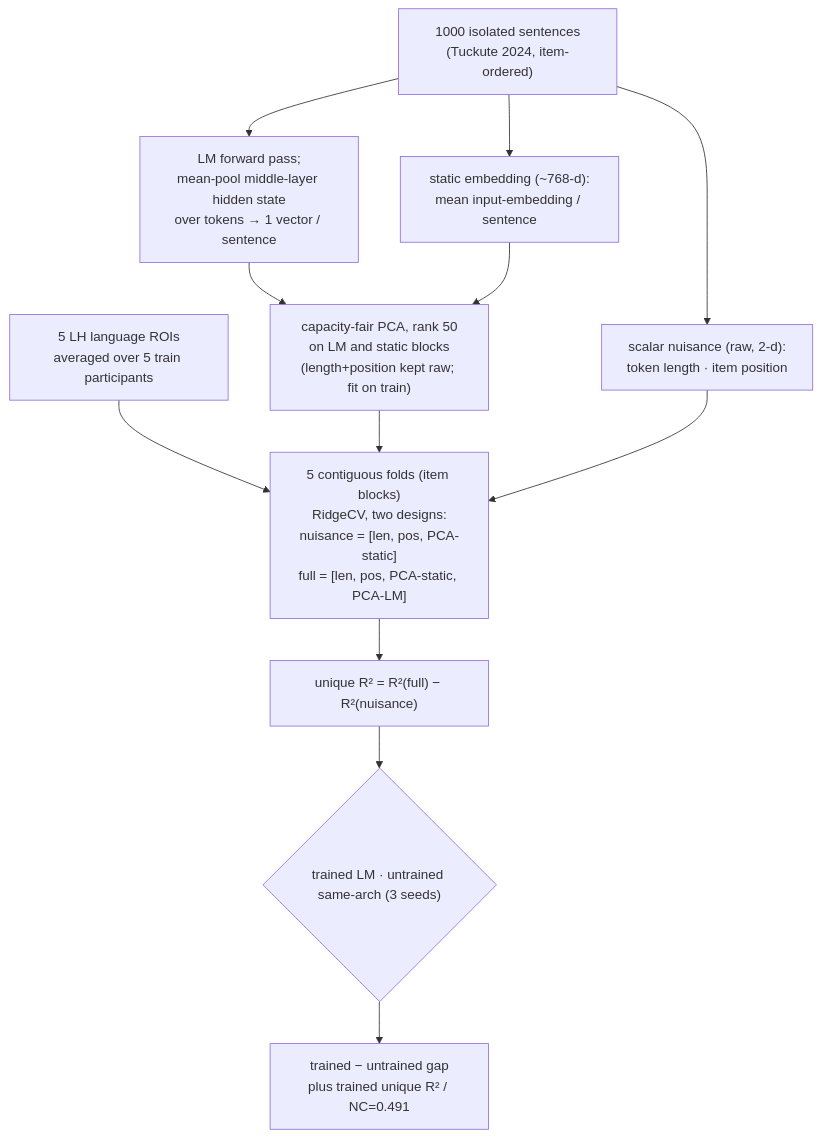
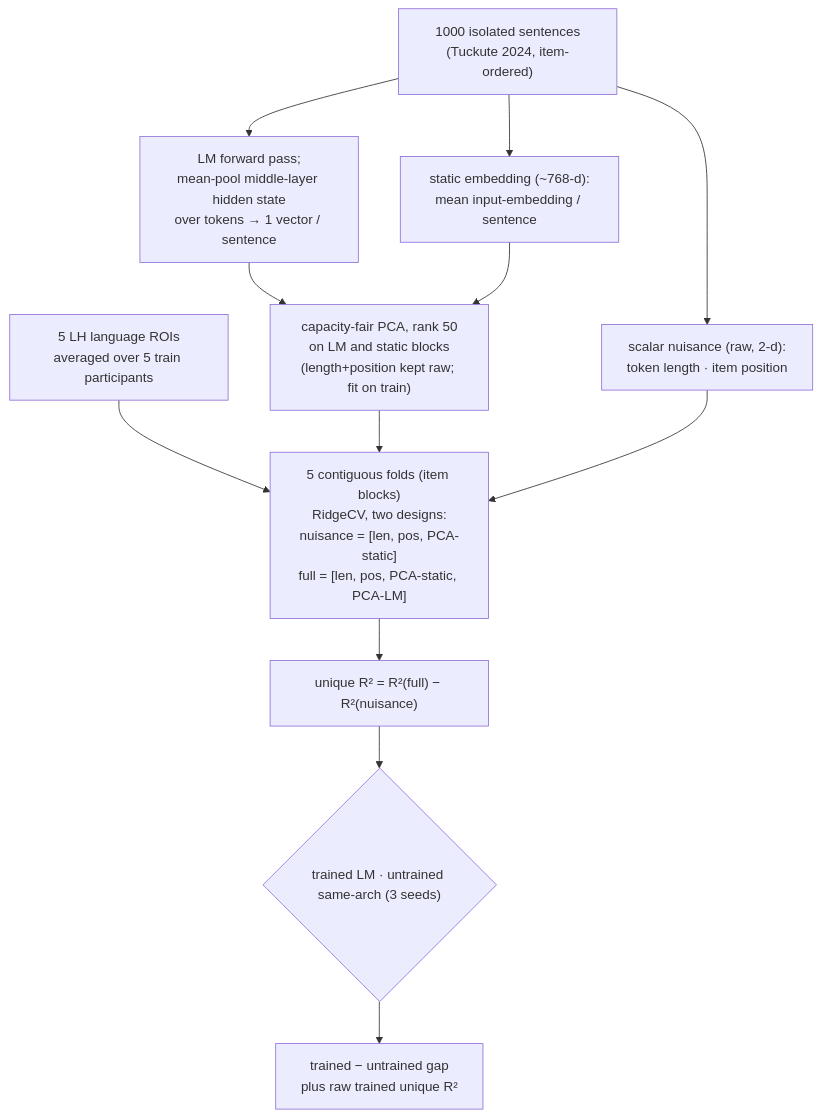
Before and after one commit to MohammadErfan-Jabbari/brain-alignment: the diagram in docs/experiments/E002_tuckute-encoding-feasibility.md, drawn with Mermaid. The commit also changed other lines of this file and 13 other files, not shown here.

````diff
--- a/docs/experiments/E002_tuckute-encoding-feasibility.md
+++ b/docs/experiments/E002_tuckute-encoding-feasibility.md
@@ -47,16 +47,16 @@
 ```mermaid
 flowchart TD
   SENT["1000 isolated sentences<br/>(Tuckute 2024, item-ordered)"] --> LM["LM forward pass;<br/>mean-pool middle-layer hidden state<br/>over tokens → 1 vector / sentence"]
   SENT --> LEN["scalar nuisance (raw, 2-d):<br/>token length · item position"]
   SENT --> STAT["static embedding (~768-d):<br/>mean input-embedding / sentence"]
 
   LM --> PCA["capacity-fair PCA, rank 50<br/>on LM and static blocks<br/>(length+position kept raw; fit on train)"]
   STAT --> PCA
 
   ROI["5 LH language ROIs<br/>averaged over 5 train participants"] --> CV
   PCA --> CV["5 contiguous folds (item blocks)<br/>RidgeCV, two designs:<br/>nuisance = [len, pos, PCA-static]<br/>full = [len, pos, PCA-static, PCA-LM]"]
   LEN --> CV
   CV --> UNIQ["unique R² = R²(full) − R²(nuisance)"]
   UNIQ --> ARMS{"trained LM · untrained same-arch (3 seeds)"}
-  ARMS --> GAP["trained − untrained gap<br/>plus trained unique R² / NC=0.491"]
+  ARMS --> GAP["trained − untrained gap<br/>plus raw trained unique R²"]
 ```
````
